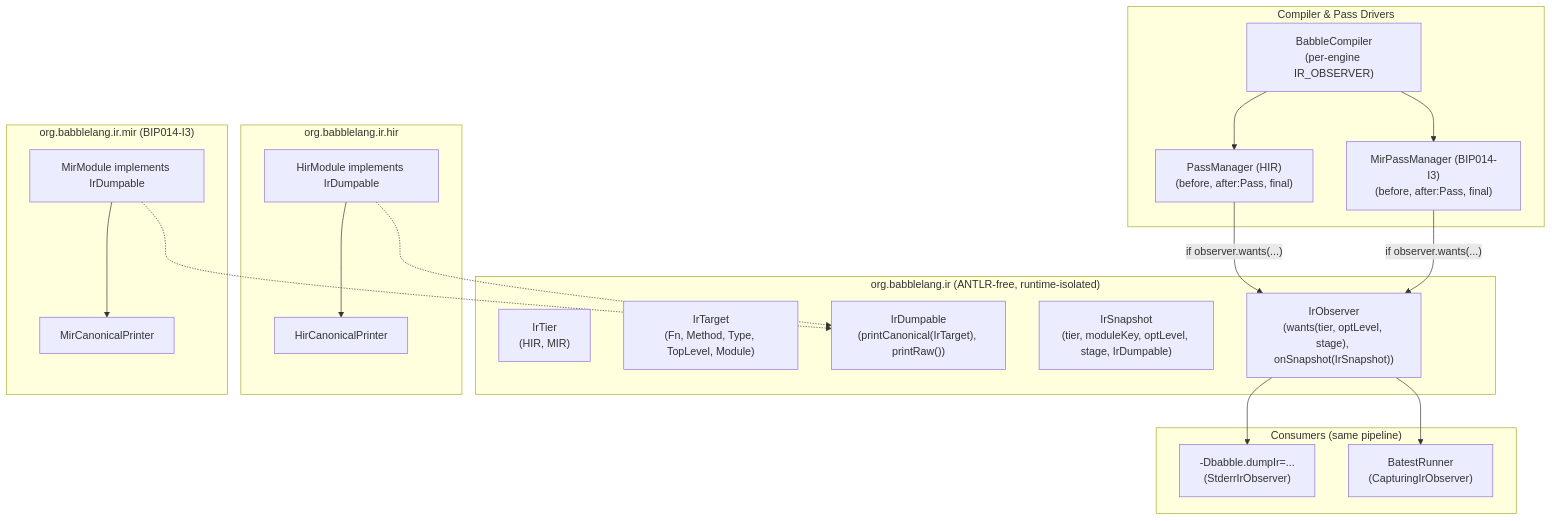
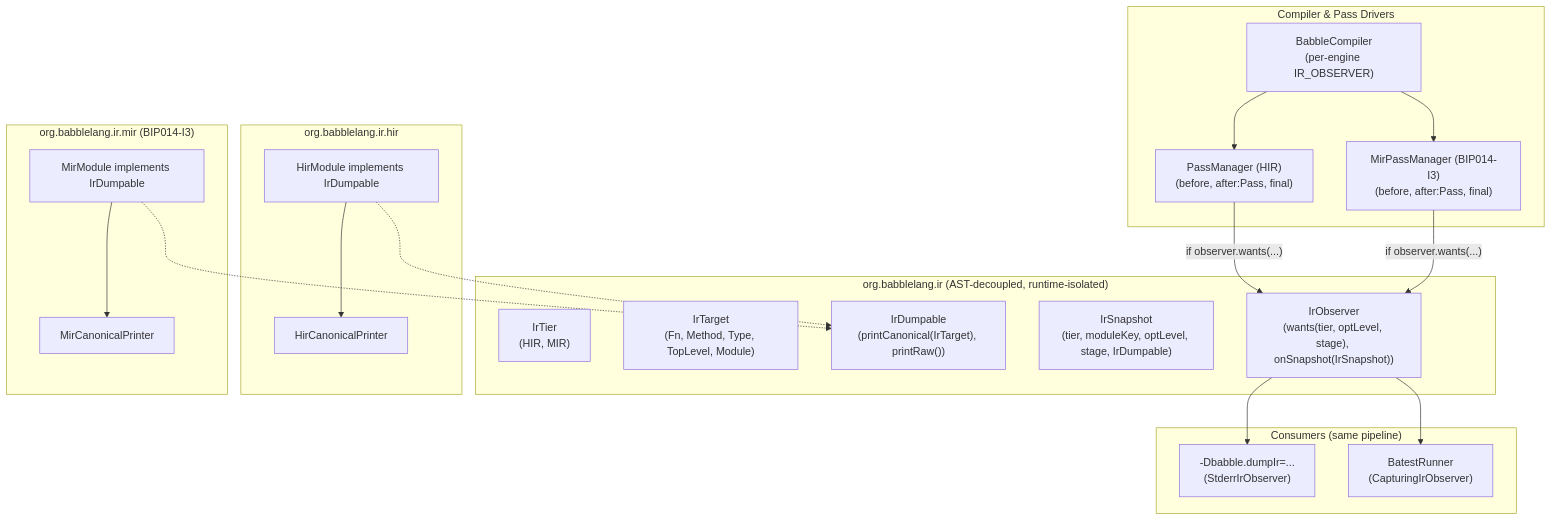
One commit to nlehuen/babble changed the diagram in docs/design/bip029_batest-v2-and-ir-goldens.md. Above: the diagram before and after it, drawn with Mermaid. The commit also changed other lines of this file and 11 other files, not shown here.

Commit message:
BIP034 : replace ANTLR-free phrasing with strict AST/HIR/MIR/backend layer separation in docs

````diff
--- a/docs/design/bip029_batest-v2-and-ir-goldens.md
+++ b/docs/design/bip029_batest-v2-and-ir-goldens.md
@@ -309,42 +309,42 @@
 ```mermaid
 flowchart TB
-    subgraph IR["org.babblelang.ir (ANTLR-free, runtime-isolated)"]
+    subgraph IR["org.babblelang.ir (AST-decoupled, runtime-isolated)"]
         Tier["IrTier\n(HIR, MIR)"]
         Target["IrTarget\n(Fn, Method, Type, TopLevel, Module)"]
         Dumpable["IrDumpable\n(printCanonical(IrTarget), printRaw())"]
         Snapshot["IrSnapshot\n(tier, moduleKey, optLevel, stage, IrDumpable)"]
         Observer["IrObserver\n(wants(tier, optLevel, stage), onSnapshot(IrSnapshot))"]
     end
 
     subgraph HIR["org.babblelang.ir.hir"]
         HirMod["HirModule implements IrDumpable"]
         HirCan["HirCanonicalPrinter"]
         HirMod --> HirCan
     end
 
     subgraph MIR["org.babblelang.ir.mir (BIP014-I3)"]
         MirMod["MirModule implements IrDumpable"]
         MirCan["MirCanonicalPrinter"]
         MirMod --> MirCan
     end
 
     subgraph Drivers["Compiler & Pass Drivers"]
         Comp["BabbleCompiler\n(per-engine IR_OBSERVER)"]
         HirPM["PassManager (HIR)\n(before, after:Pass, final)"]
         MirPM["MirPassManager (BIP014-I3)\n(before, after:Pass, final)"]
         Comp --> HirPM
         Comp --> MirPM
     end
 
     subgraph Consumers["Consumers (same pipeline)"]
         CLI["-Dbabble.dumpIr=...\n(StderrIrObserver)"]
         Batest["BatestRunner\n(CapturingIrObserver)"]
     end
 
     HirPM -->|"if observer.wants(...)"| Observer
     MirPM -->|"if observer.wants(...)"| Observer
     Observer --> CLI
     Observer --> Batest
     HirMod -.-> Dumpable
     MirMod -.-> Dumpable
 ```
````
